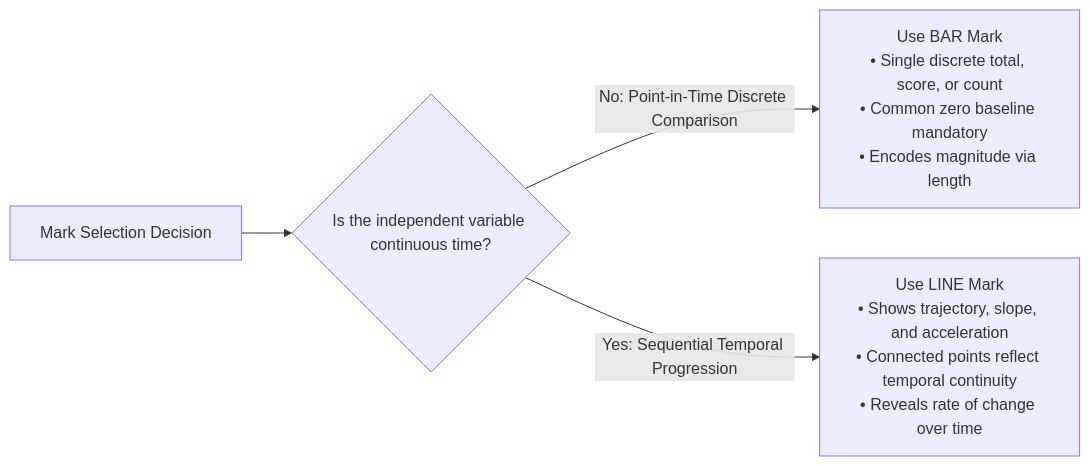
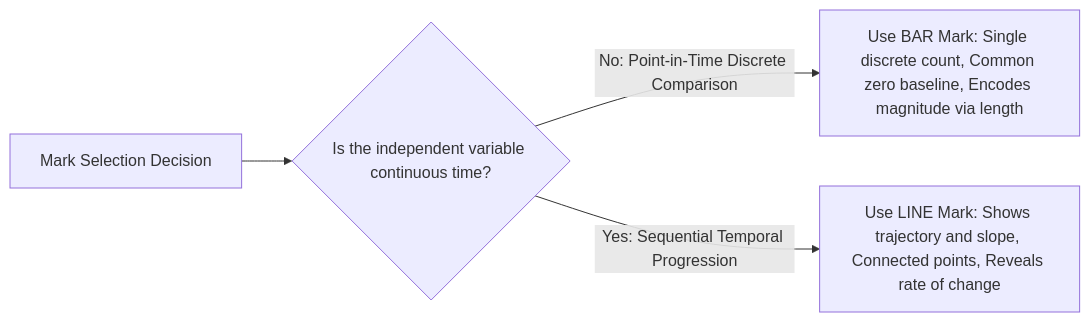
The second of 18 diagrams in notes/data_analysis/Unit_5_notes.md (DeepLumiere/DeepSkills), drawn with Mermaid before and after one commit. The commit also changed other lines of this file and 56 other files, not shown here.

````diff
--- a/notes/data_analysis/Unit_5_notes.md
+++ b/notes/data_analysis/Unit_5_notes.md
@@ -172,6 +172,6 @@
 ```mermaid
 flowchart LR
     A["Mark Selection Decision"] --> B{"Is the independent variable continuous time?"}
-    B -- "No: Point-in-Time Discrete Comparison" --> C["Use BAR Mark<br/>• Single discrete total, score, or count<br/>• Common zero baseline mandatory<br/>• Encodes magnitude via length"]
-    B -- "Yes: Sequential Temporal Progression" --> D["Use LINE Mark<br/>• Shows trajectory, slope, and acceleration<br/>• Connected points reflect temporal continuity<br/>• Reveals rate of change over time"]
+    B -- "No: Point-in-Time Discrete Comparison" --> C["Use BAR Mark: Single discrete count, Common zero baseline, Encodes magnitude via length"]
+    B -- "Yes: Sequential Temporal Progression" --> D["Use LINE Mark: Shows trajectory and slope, Connected points, Reveals rate of change"]
 ```
````
